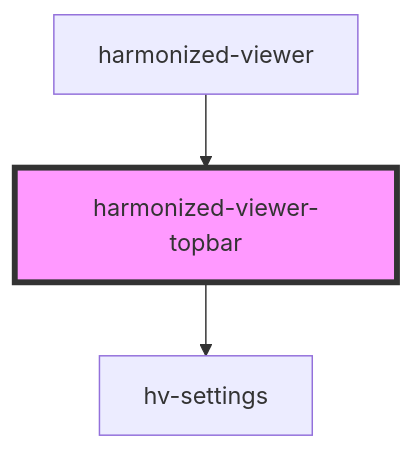
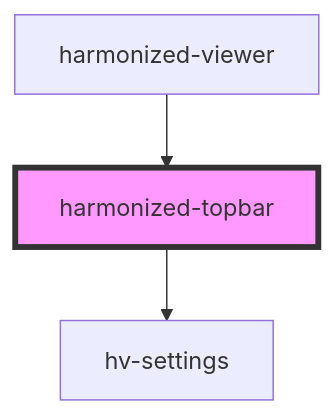
The diagram in src/components/topbar/readme.md (bac-lac/lac-harmonized-viewer), drawn with Mermaid before and after one commit. The commit also changed 19 other files, not shown here.

````diff
--- a/src/components/topbar/readme.md
+++ b/src/components/topbar/readme.md
@@ -19,6 +19,6 @@
 ```mermaid
 graph TD;
-  harmonized-viewer-topbar --> hv-settings
-  harmonized-viewer --> harmonized-viewer-topbar
-  style harmonized-viewer-topbar fill:#f9f,stroke:#333,stroke-width:4px
+  harmonized-topbar --> hv-settings
+  harmonized-viewer --> harmonized-topbar
+  style harmonized-topbar fill:#f9f,stroke:#333,stroke-width:4px
 ```
````
